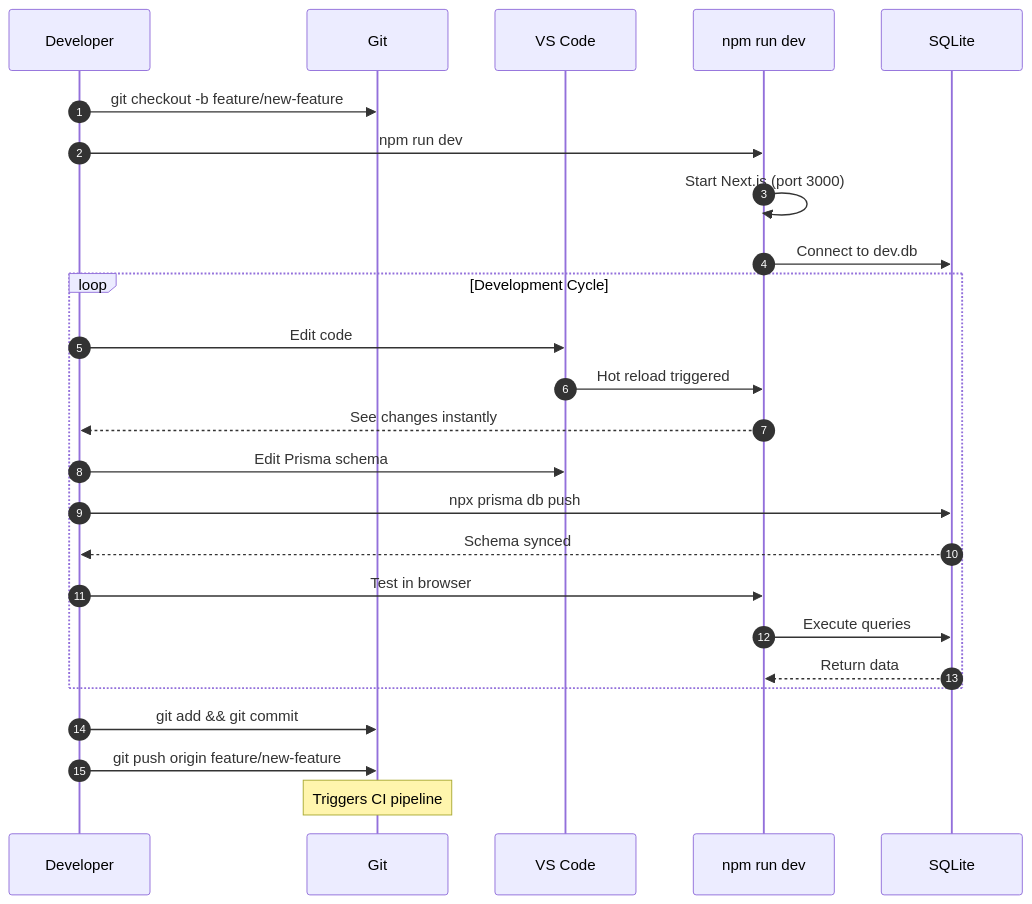
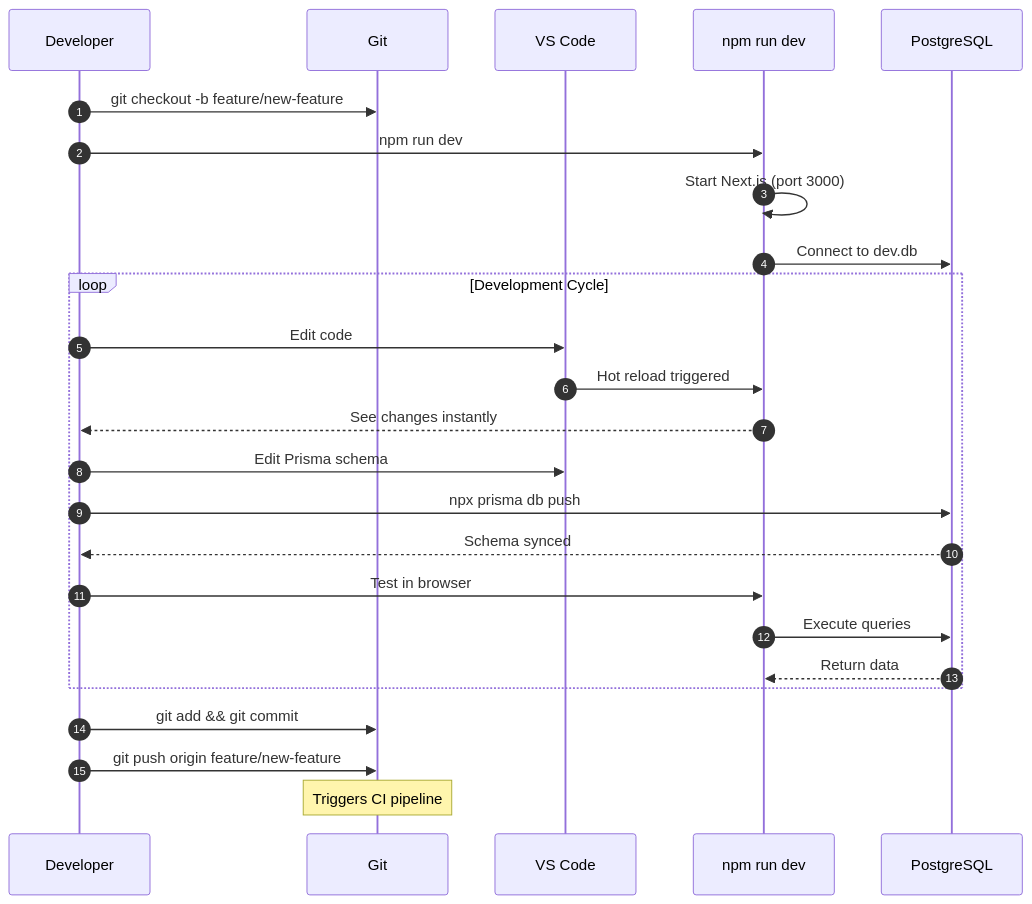
The first of 6 diagrams in docs/technical-guide/00-overview/02-environment-pipeline-strategy.md (pavan-kvsn1/hta_calibrates), drawn with Mermaid before and after one commit. The commit also changed other lines of this file and 6 other files, not shown here.

First line of the commit message:
docs: complete PostgreSQL-only migration for all documentation

````diff
--- a/docs/technical-guide/00-overview/02-environment-pipeline-strategy.md
+++ b/docs/technical-guide/00-overview/02-environment-pipeline-strategy.md
@@ -125,32 +128,32 @@
 ```mermaid
 sequenceDiagram
     autonumber
     participant Dev as Developer
     participant Git as Git
     participant IDE as VS Code
     participant App as npm run dev
-    participant DB as SQLite
+    participant DB as PostgreSQL
 
     Dev->>Git: git checkout -b feature/new-feature
     Dev->>App: npm run dev
     App->>App: Start Next.js (port 3000)
     App->>DB: Connect to dev.db
 
     loop Development Cycle
         Dev->>IDE: Edit code
         IDE->>App: Hot reload triggered
         App-->>Dev: See changes instantly
 
         Dev->>IDE: Edit Prisma schema
         Dev->>DB: npx prisma db push
         DB-->>Dev: Schema synced
 
         Dev->>App: Test in browser
         App->>DB: Execute queries
         DB-->>App: Return data
     end
 
     Dev->>Git: git add && git commit
     Dev->>Git: git push origin feature/new-feature
     Note over Git: Triggers CI pipeline
 ```
````
